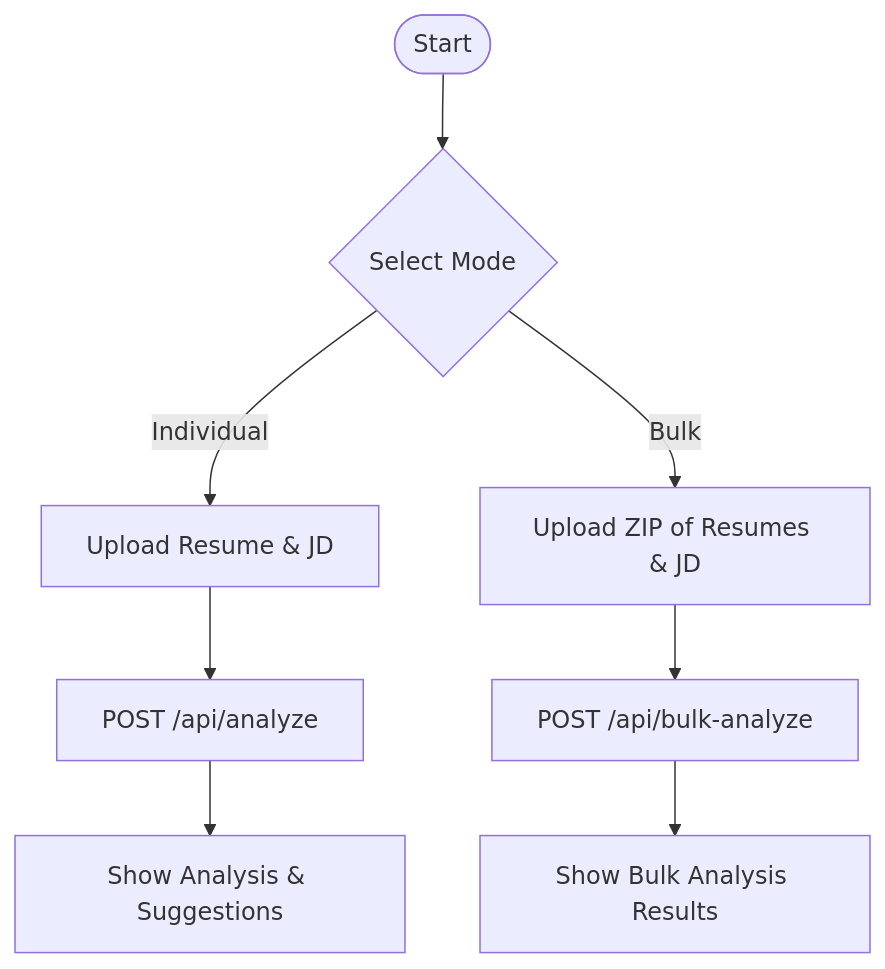
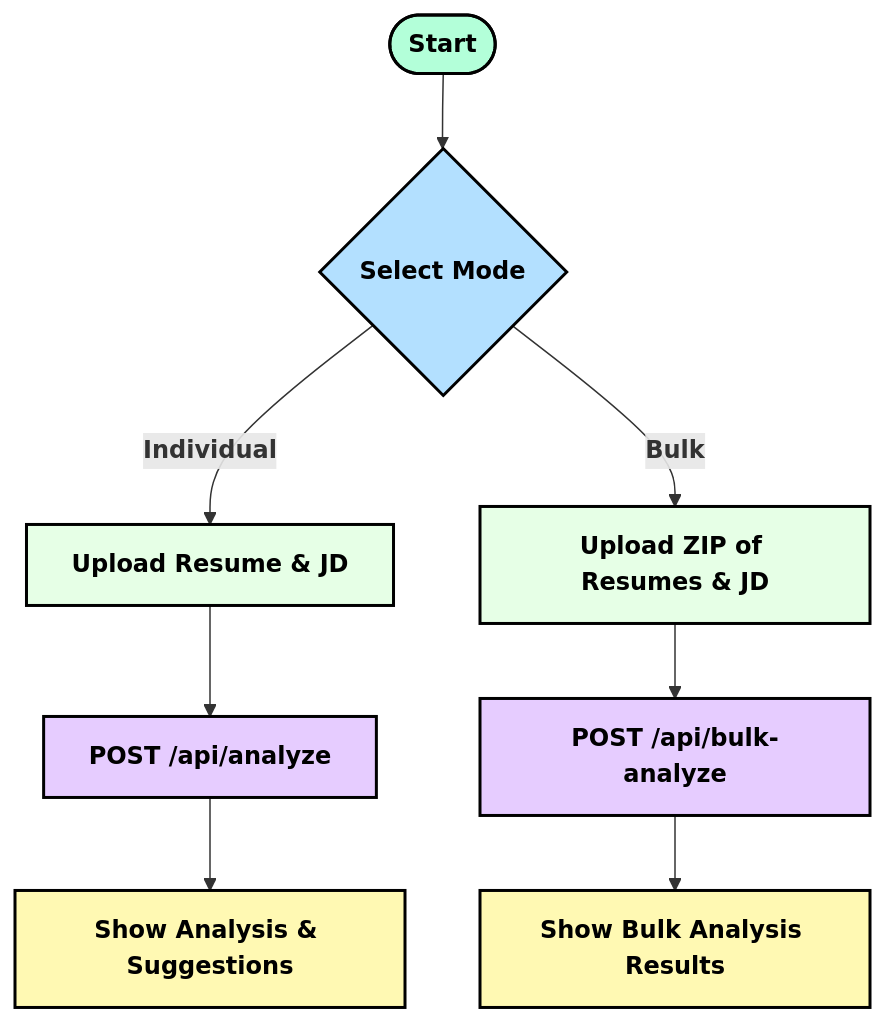
The second of 3 diagrams in README.md (Rishi-gupta-data/SmartScreen), drawn with Mermaid before and after one commit. The commit also changed other lines of this file, not shown here.

Commit message:
Cleaned backend, improved README, added diagrams and code samples

````diff
--- a/README.md
+++ b/README.md
@@ -24,10 +30,16 @@
 ```mermaid
 flowchart TD
-  Start(["Start"]) --> Mode{"Select Mode"}
-  Mode -- "Individual" --> IndUpload["Upload Resume & JD"]
-  IndUpload --> IndAPI["POST /api/analyze"]
-  IndAPI --> IndResult["Show Analysis & Suggestions"]
-  Mode -- "Bulk" --> BulkUpload["Upload ZIP of Resumes & JD"]
-  BulkUpload --> BulkAPI["POST /api/bulk-analyze"]
-  BulkAPI --> BulkResult["Show Bulk Analysis Results"]
+  Start(["<b>Start</b>"]):::start --> Mode{"<b>Select Mode</b>"}:::mode
+  Mode -- "<b>Individual</b>" --> IndUpload["<b>Upload Resume & JD</b>"]:::upload
+  IndUpload --> IndAPI["<b>POST /api/analyze</b>"]:::api
+  IndAPI --> IndResult["<b>Show Analysis & Suggestions</b>"]:::result
+  Mode -- "<b>Bulk</b>" --> BulkUpload["<b>Upload ZIP of Resumes & JD</b>"]:::upload
+  BulkUpload --> BulkAPI["<b>POST /api/bulk-analyze</b>"]:::api
+  BulkAPI --> BulkResult["<b>Show Bulk Analysis Results</b>"]:::result
+
+  classDef start fill:#b3ffd9,stroke:#000,stroke-width:2px,color:#000;
+  classDef mode fill:#b3e0ff,stroke:#000,stroke-width:2px,color:#000;
+  classDef upload fill:#e6ffe6,stroke:#000,stroke-width:2px,color:#000;
+  classDef api fill:#e6ccff,stroke:#000,stroke-width:2px,color:#000;
+  classDef result fill:#fff9b3,stroke:#000,stroke-width:2px,color:#000;
 ```
````
